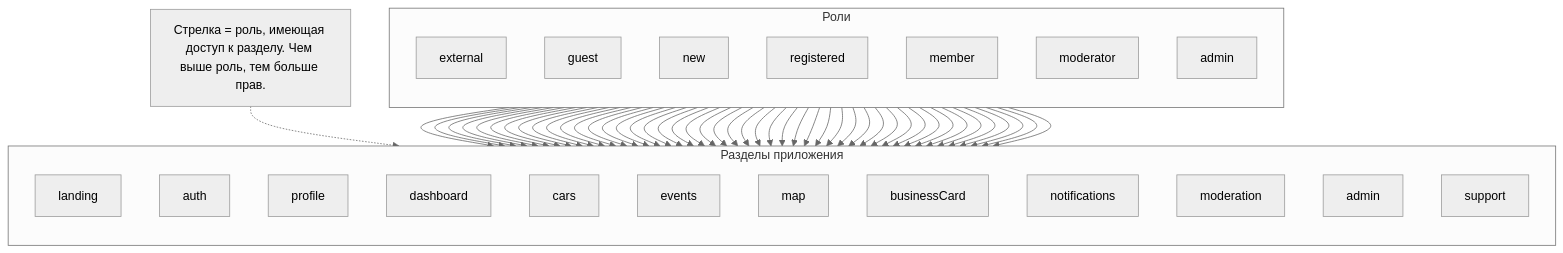
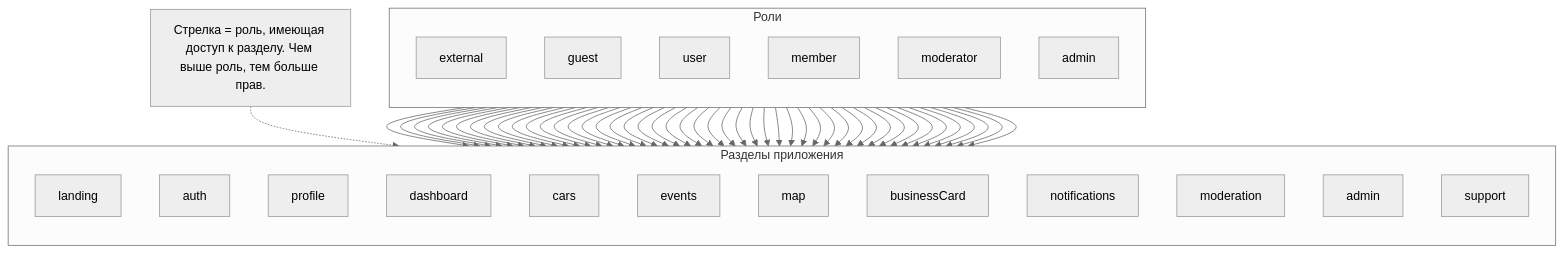
The diagram in docs/ACCESS_SCHEME.md (AlexKhvostov/Cabrio_project), drawn with Mermaid (neutral theme) before and after one commit. The commit also changed 115 other files, not shown here.

```diff
--- a/docs/ACCESS_SCHEME.md
+++ b/docs/ACCESS_SCHEME.md
@@ -7,8 +7,8 @@
         direction TB
         external["external"]
         guest["guest"]
-        new["new"]
-        registered["registered"]
+        user["user"]
+        user["user"]
         member["member"]
         moderator["moderator"]
         admin["admin"]
@@ -34,37 +34,37 @@
     %% Доступ к разделам (стрелки от всех ролей, которые имеют доступ)
     external --> landing
     guest --> landing
-    new --> landing
-    registered --> landing
+    user --> landing
+    user --> landing
     member --> landing
     moderator --> landing
     admin --> landing
 
     guest --> auth
-    new --> auth
-    registered --> auth
+    user --> auth
+    user --> auth
     member --> auth
     moderator --> auth
     admin --> auth
 
     guest --> support
-    new --> support
-    registered --> support
+    user --> support
+    user --> support
     member --> support
     moderator --> support
     admin --> support
 
-    registered --> profile
+    user --> profile
     member --> profile
     moderator --> profile
     admin --> profile
 
-    registered --> dashboard
+    user --> dashboard
     member --> dashboard
     moderator --> dashboard
     admin --> dashboard
 
-    registered --> notifications
+    user --> notifications
     member --> notifications
     moderator --> notifications
     admin --> notifications
```
